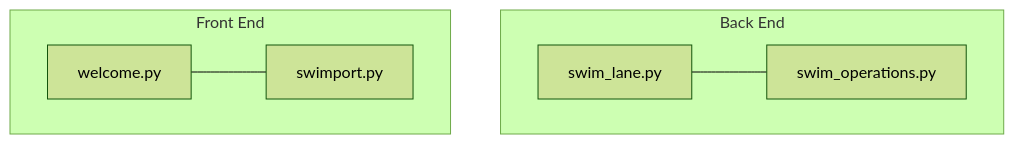
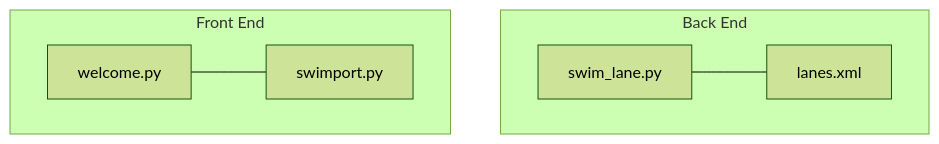
The diagram in architecture.md (vaugood/swimport), drawn with Mermaid (forest theme) before and after one commit.

````diff
--- a/architecture.md
+++ b/architecture.md
@@ -3,9 +3,9 @@
 ```mermaid
 flowchart TD;
 subgraph Back End
-swim_lane.py --- swim_operations.py;
+swim_lane.py --- lanes.xml;
 end
 subgraph Front End
 welcome.py --- swimport.py;
 end
 ```
````
